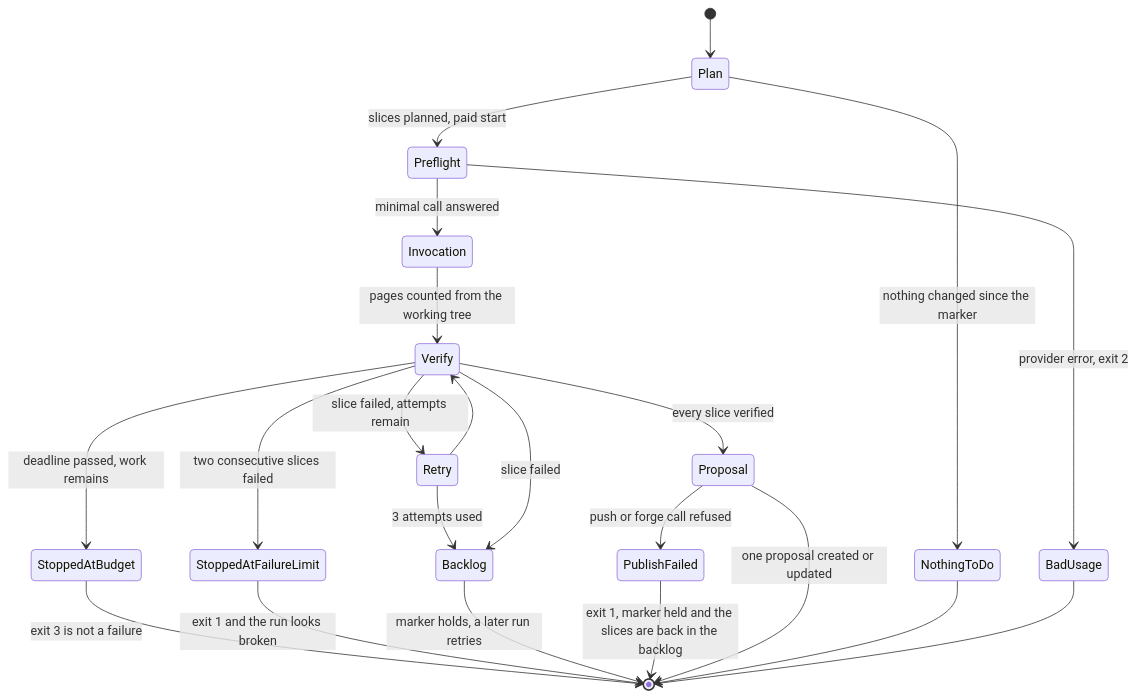
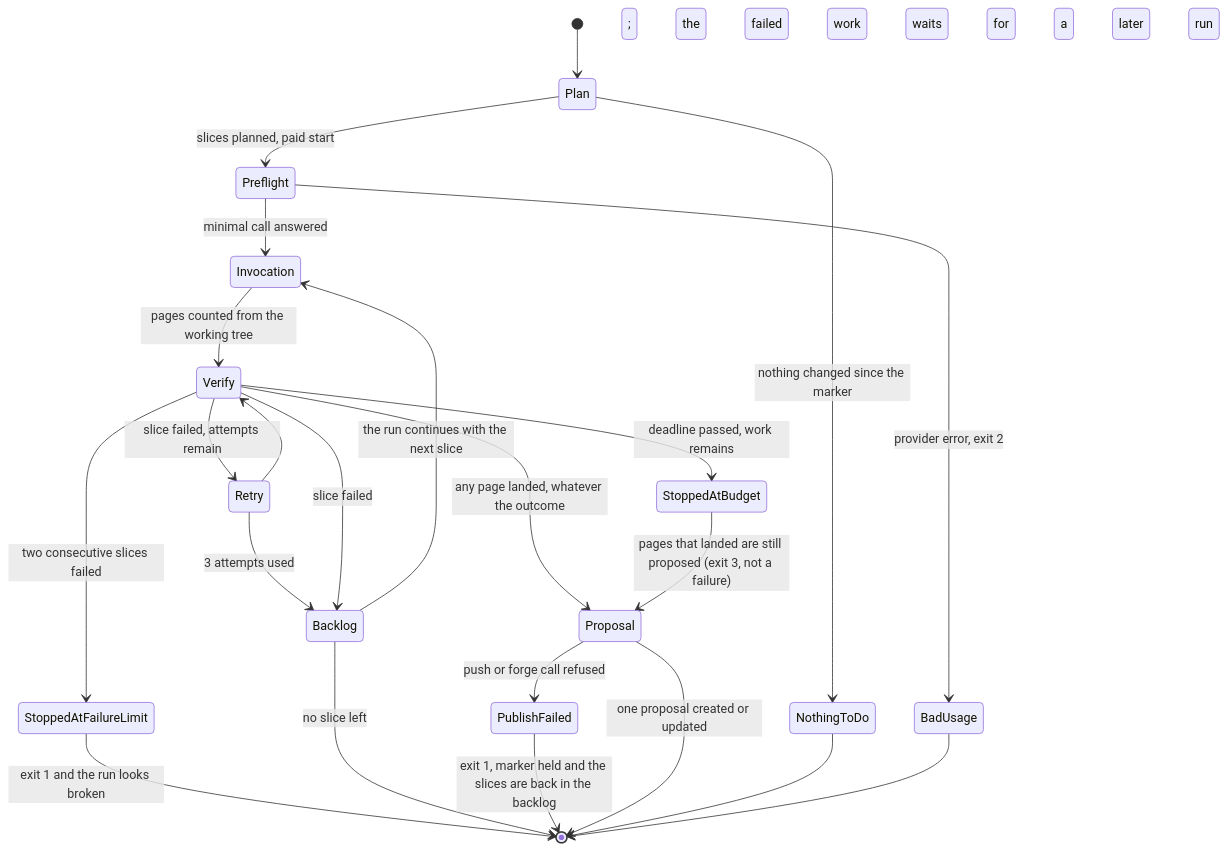
The first of 2 diagrams in openwiki/runbooks/wiki-maintenance.md (jumbleknot/MovieCollectionManager), drawn with Mermaid before and after one commit. The commit also changed other lines of this file and 8 other files, not shown here.

````diff
--- a/openwiki/runbooks/wiki-maintenance.md
+++ b/openwiki/runbooks/wiki-maintenance.md
@@ -72,24 +69,25 @@
 ```mermaid
 stateDiagram-v2
     [*] --> Plan
     Plan --> NothingToDo: nothing changed since the marker
     Plan --> Preflight: slices planned, paid start
     Preflight --> BadUsage: provider error, exit 2
     Preflight --> Invocation: minimal call answered
     Invocation --> Verify: pages counted from the working tree
-    Verify --> Proposal: every slice verified
+    Verify --> Proposal: any page landed, whatever the outcome
     Verify --> StoppedAtBudget: deadline passed, work remains
-    StoppedAtBudget --> [*]: exit 3 is not a failure
+    StoppedAtBudget --> Proposal: pages that landed are still proposed (exit 3, not a failure)
     Verify --> Retry: slice failed, attempts remain
     Retry --> Verify
     Retry --> Backlog: 3 attempts used
     Verify --> Backlog: slice failed
     Verify --> StoppedAtFailureLimit: two consecutive slices failed
     StoppedAtFailureLimit --> [*]: exit 1 and the run looks broken
-    Backlog --> [*]: marker holds, a later run retries
+    Backlog --> Invocation: the run continues with the next slice
+    Backlog --> [*]: no slice left; the failed work waits for a later run
     Proposal --> PublishFailed: push or forge call refused
     PublishFailed --> [*]: exit 1, marker held and the slices are back in the backlog
     Proposal --> [*]: one proposal created or updated
     NothingToDo --> [*]
     BadUsage --> [*]
 ```
````
